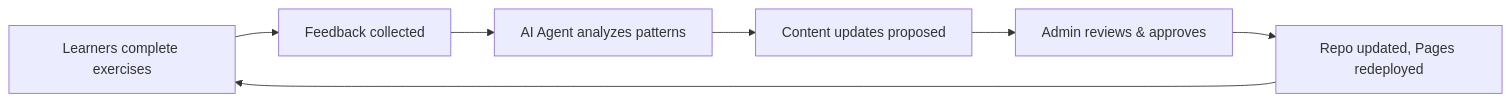
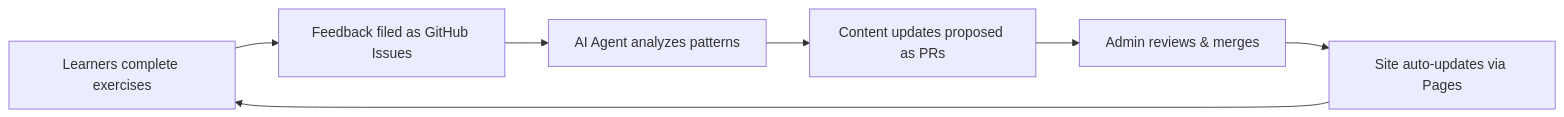
The diagram in proposal/implementation.md (BrianKolowitz/ai-fluency), drawn with Mermaid before and after one commit. The commit also changed other lines of this file and 12 other files, not shown here.

First line of the commit message:
feat: add GitHub Issues-based feedback system

```diff
--- a/proposal/implementation.md
+++ b/proposal/implementation.md
@@ -88,9 +90,9 @@
 <div class="mermaid">
 flowchart LR
-    A[Learners complete exercises] --> B[Feedback collected]
+    A[Learners complete exercises] --> B[Feedback filed as GitHub Issues]
     B --> C[AI Agent analyzes patterns]
-    C --> D[Content updates proposed]
-    D --> E[Admin reviews & approves]
-    E --> F[Repo updated, Pages redeployed]
+    C --> D[Content updates proposed as PRs]
+    D --> E[Admin reviews & merges]
+    E --> F[Site auto-updates via Pages]
     F --> A
 </div>
```
